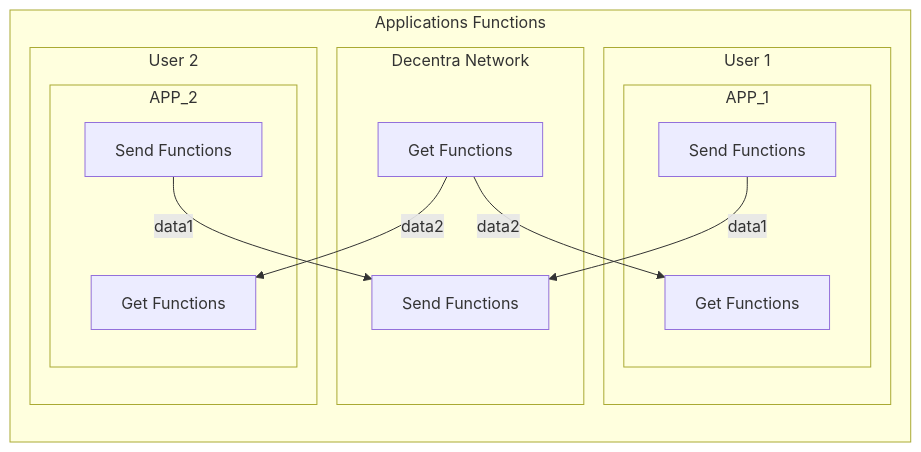
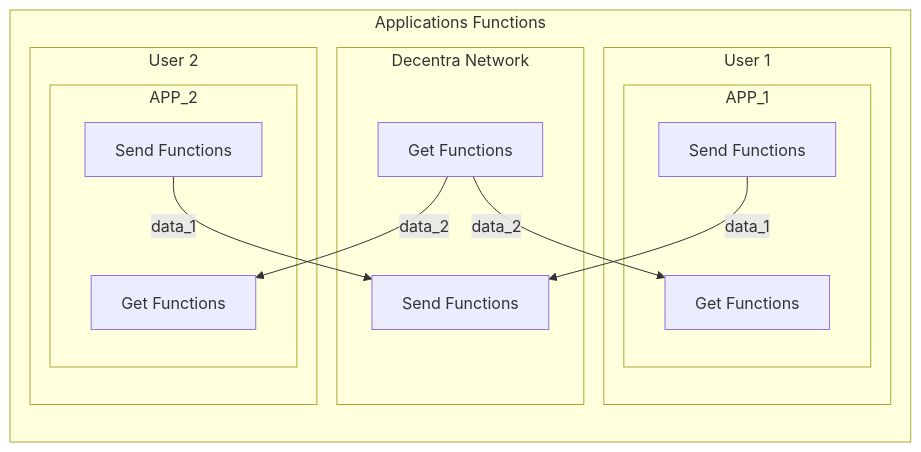
Before and after one commit to Naruno/Naruno: the first of 2 diagrams in docs/concepts/apps.md, drawn with Mermaid.

Commit message:
docs: A typo fix for Apps concept first diagram

````diff
--- a/docs/concepts/apps.md
+++ b/docs/concepts/apps.md
@@ -24,33 +24,33 @@
 ```mermaid
 flowchart LR
     subgraph Applications Functions
     subgraph user_1[User 1]
         subgraph APP_1
             send_1[Send Functions]
             get_1[Get Functions]
         end
     end
 
     subgraph Decentra Network
         send_d[Send Functions]
         get_d[Get Functions]
     end
 
 
 
     subgraph user_2[User 2]
         subgraph APP_2
             send_2[Send Functions]
             get_2[Get Functions]
         end
     end
 
-    send_1 -- data1 --> send_d
-    get_d -- data2 --> get_1
+    send_1 -- data_1 --> send_d
+    get_d -- data_2 --> get_1
 
-    send_2 -- data1 --> send_d
-    get_d -- data2 --> get_2
+    send_2 -- data_1 --> send_d
+    get_d -- data_2 --> get_2
 
 end
 
 ```
````
